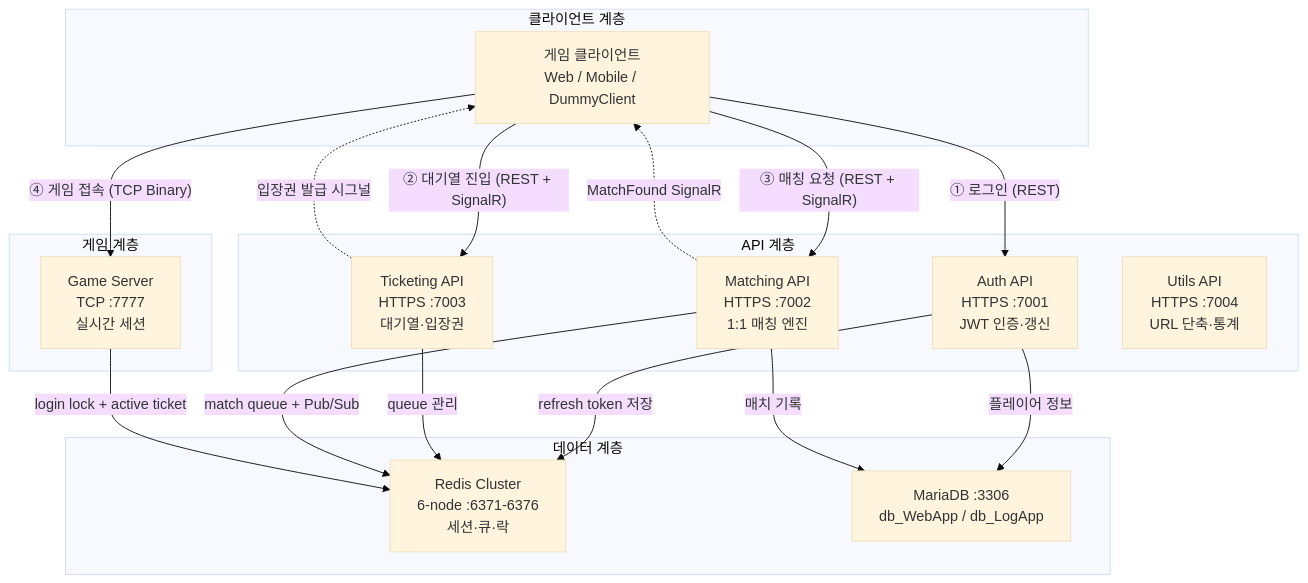
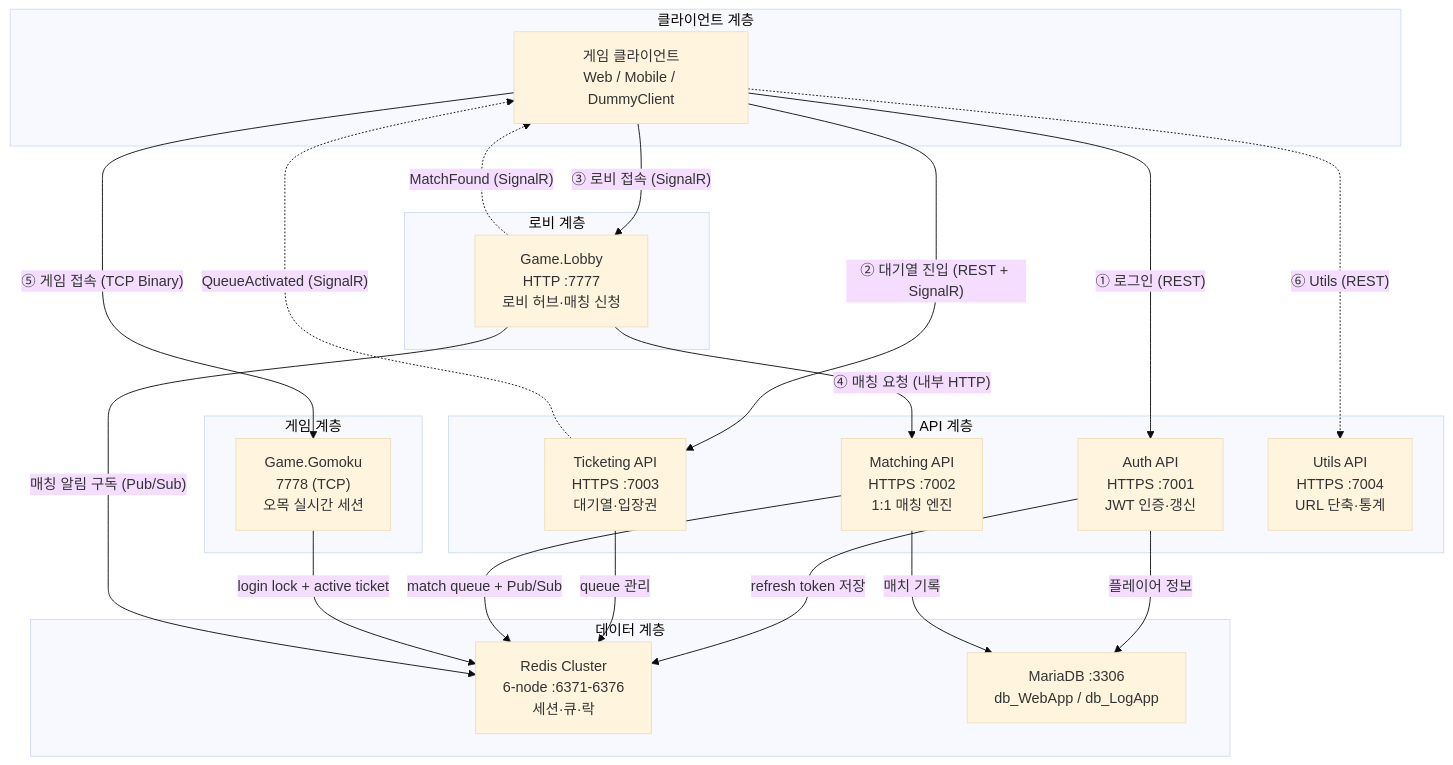
The diagram in Docs/architecture/overview.md (rumdice/platformA), drawn with Mermaid (base theme) before and after one commit. The commit also changed other lines of this file and 3 other files, not shown here.

Commit message:
feat: 아키텍처 문서 자동화 (generate_architecture_docs.py + docs.yml + overview.md + sequences.md)

````diff
--- a/Docs/architecture/overview.md
+++ b/Docs/architecture/overview.md
@@ -5,38 +10,51 @@
 ```mermaid
 graph TB
   subgraph 클라이언트 계층
     C[게임 클라이언트<br/>Web / Mobile / DummyClient]
   end
 
   subgraph API 계층
     A["Auth API<br/>HTTPS :7001<br/>JWT 인증·갱신"]
     T["Ticketing API<br/>HTTPS :7003<br/>대기열·입장권"]
     M["Matching API<br/>HTTPS :7002<br/>1:1 매칭 엔진"]
     U["Utils API<br/>HTTPS :7004<br/>URL 단축·통계"]
   end
 
+  subgraph 로비 계층
+    L["Game.Lobby<br/>HTTP :7777<br/>로비 허브·매칭 신청"]
+  end
+
   subgraph 게임 계층
-    G["Game Server<br/>TCP :7777<br/>실시간 세션"]
+    G["Game.Gomoku<br/>7778 (TCP)<br/>오목 실시간 세션"]
   end
 
   subgraph 데이터 계층
     R["Redis Cluster<br/>6-node :6371-6376<br/>세션·큐·락"]
     DB["MariaDB :3306<br/>db_WebApp / db_LogApp"]
   end
 
+  %% 클라이언트 → 서비스
   C -->|"① 로그인 (REST)"| A
   C -->|"② 대기열 진입 (REST + SignalR)"| T
-  C -->|"③ 매칭 요청 (REST + SignalR)"| M
-  C -->|"④ 게임 접속 (TCP Binary)"| G
+  C -->|"③ 로비 접속 (SignalR)"| L
+  C -->|"⑤ 게임 접속 (TCP Binary)"| G
+  C -.->|"⑥ Utils (REST)"| U
 
+  %% Lobby → Matching 내부 HTTP
+  L -->|"④ 매칭 요청 (내부 HTTP)"| M
+
+  %% 서비스 → Redis
   A -->|"refresh token 저장"| R
   T -->|"queue 관리"| R
   M -->|"match queue + Pub/Sub"| R
   G -->|"login lock + active ticket"| R
+  L -->|"매칭 알림 구독 (Pub/Sub)"| R
 
+  %% 서비스 → DB
   A -->|"플레이어 정보"| DB
   M -->|"매치 기록"| DB
 
-  T -.->|"입장권 발급 시그널"| C
-  M -.->|"MatchFound SignalR"| C
+  %% SignalR 역방향
+  T -.->|"QueueActivated (SignalR)"| C
+  L -.->|"MatchFound (SignalR)"| C
 ```
````
